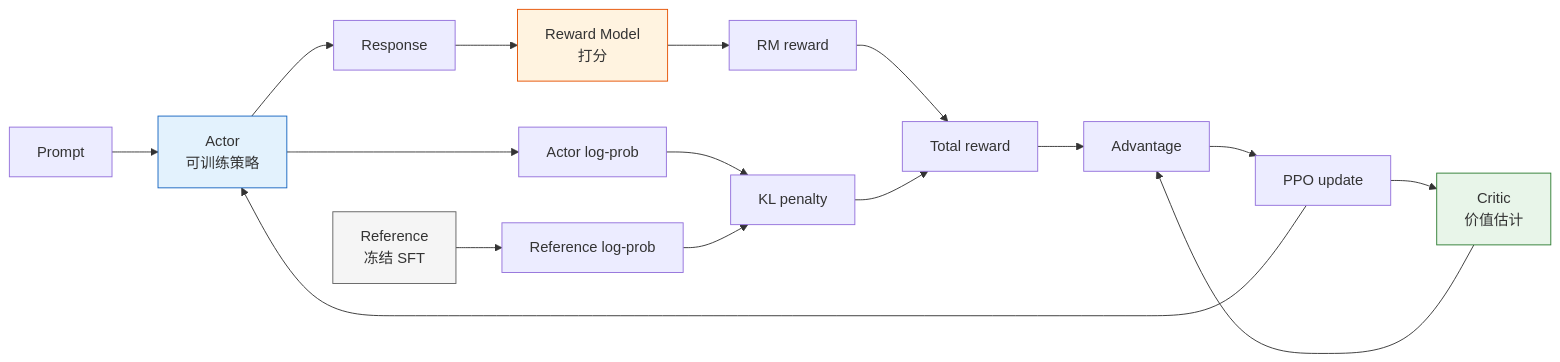
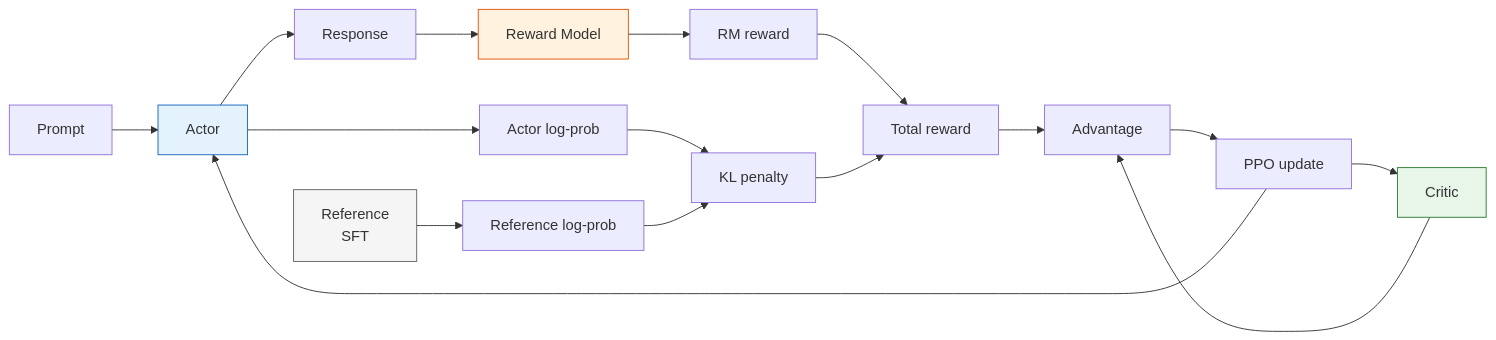
Before and after one commit to letslego/hands-on-modern-rl: the first of 2 diagrams in docs/chapter08_rlhf/ppo-rlhf-loop.md, drawn with Mermaid. The commit also changed other lines of this file and 267 other files, not shown here.

````diff
--- a/docs/chapter08_rlhf/ppo-rlhf-loop.md
+++ b/docs/chapter08_rlhf/ppo-rlhf-loop.md
@@ -48,24 +48,24 @@
 ```mermaid
 flowchart LR
-    Prompt["Prompt"] --> Actor["Actor\n可训练策略"]
+    Prompt["Prompt"] --> Actor["Actor\n"]
     Actor --> Response["Response"]
-    Response --> RM["Reward Model\n打分"]
+    Response --> RM["Reward Model\n"]
     Actor --> Logp["Actor log-prob"]
-    Ref["Reference\n冻结 SFT"] --> RefLogp["Reference log-prob"]
-    Critic["Critic\n价值估计"] --> Adv["Advantage"]
+    Ref["Reference\n SFT"] --> RefLogp["Reference log-prob"]
+    Critic["Critic\n"] --> Adv["Advantage"]
 
     RM --> Reward["RM reward"]
     Logp --> KL["KL penalty"]
     RefLogp --> KL
     Reward --> Total["Total reward"]
     KL --> Total
     Total --> Adv
     Adv --> PPO["PPO update"]
     PPO --> Actor
     PPO --> Critic
 
     style Actor fill:#e3f2fd,stroke:#1565c0
     style Ref fill:#f5f5f5,stroke:#616161
     style RM fill:#fff3e0,stroke:#e65100
     style Critic fill:#e8f5e9,stroke:#2e7d32
 ```
````
